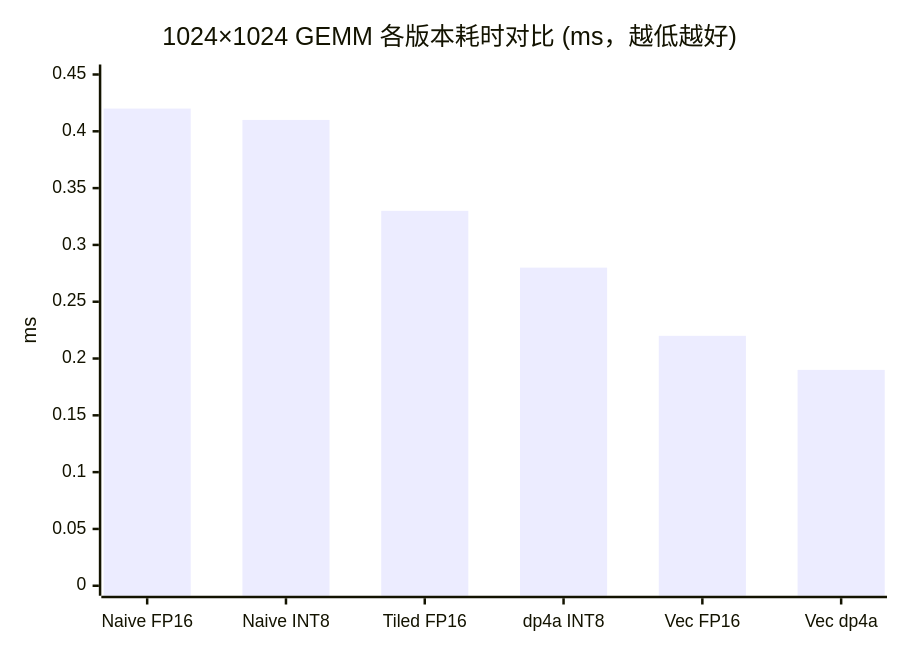
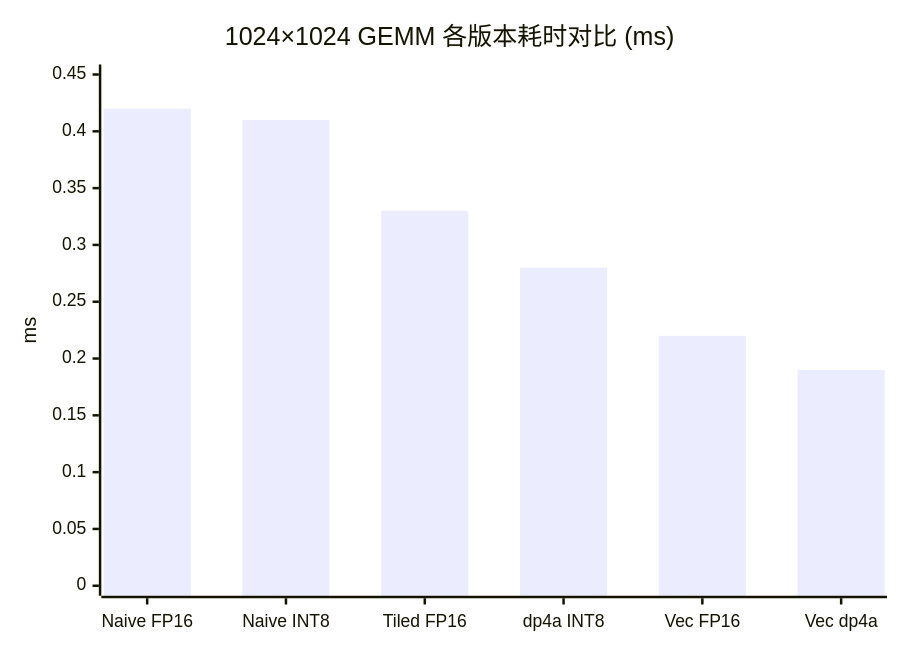
Before and after one commit to psmarter/CUDA-Practice: the second of 2 diagrams in Blogs/07_Quantization_FP16_INT8_dp4a.md, drawn with Mermaid. The commit also changed other lines of this file and 28 other files, not shown here.

````diff
--- a/Blogs/07_Quantization_FP16_INT8_dp4a.md
+++ b/Blogs/07_Quantization_FP16_INT8_dp4a.md
@@ -176,7 +132,7 @@
 ```mermaid
 xychart-beta
-  title "1024×1024 GEMM 各版本耗时对比 (ms，越低越好)"
+  title "1024×1024 GEMM 各版本耗时对比 (ms)"
   x-axis ["Naive FP16", "Naive INT8", "Tiled FP16", "dp4a INT8", "Vec FP16", "Vec dp4a"]
   y-axis "ms" 0 --> 0.45
   bar [0.42, 0.41, 0.33, 0.28, 0.22, 0.19]
 ```
````
